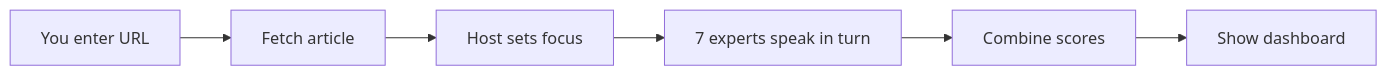
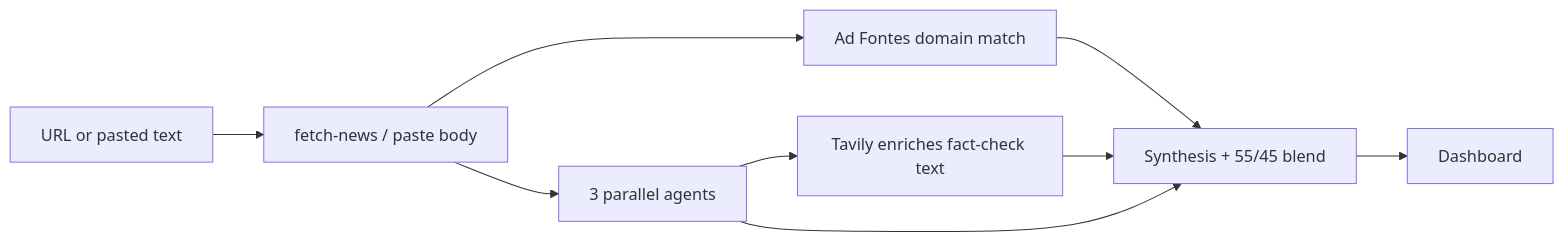
The diagram in docs/SYSTEM_FLOW.md (pthaps/polarity-v2), drawn with Mermaid before and after one commit. The commit also changed other lines of this file and 5 other files, not shown here.

````diff
--- a/docs/SYSTEM_FLOW.md
+++ b/docs/SYSTEM_FLOW.md
@@ -39,15 +24,11 @@
 ```mermaid
 flowchart LR
-  URL[You enter URL]
-  Fetch[Fetch article]
-  Host[Host sets focus]
-  Experts[7 experts speak in turn]
-  Combine[Combine scores]
-  Dashboard[Show dashboard]
-
-  URL --> Fetch
-  Fetch --> Host
-  Host --> Experts
-  Experts --> Combine
-  Combine --> Dashboard
+  Input[URL or pasted text] --> Fetch[fetch-news / paste body]
+  Fetch --> CSV[Ad Fontes domain match]
+  Fetch --> Agents[3 parallel agents]
+  Agents --> Tav[Tavily enriches fact-check text]
+  Agents --> Synth[Synthesis + 55/45 blend]
+  CSV --> Synth
+  Tav --> Synth
+  Synth --> UI[Dashboard]
 ```
````
